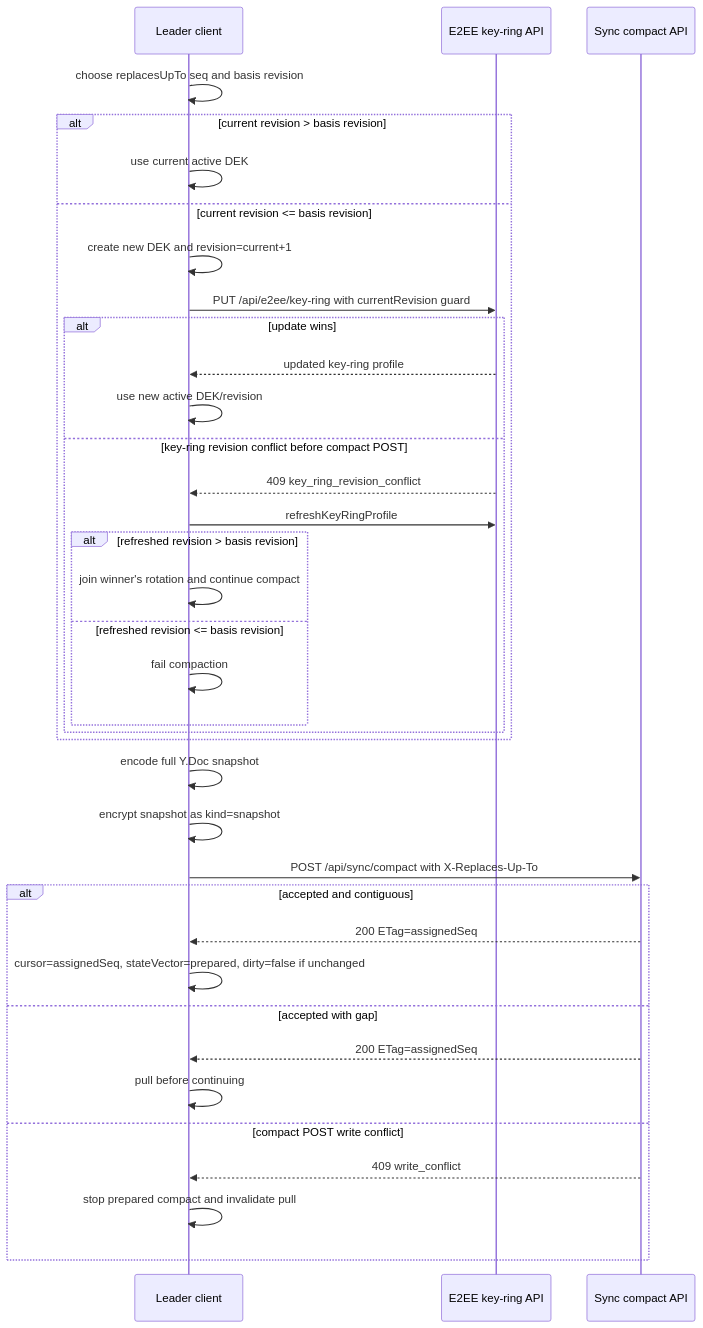
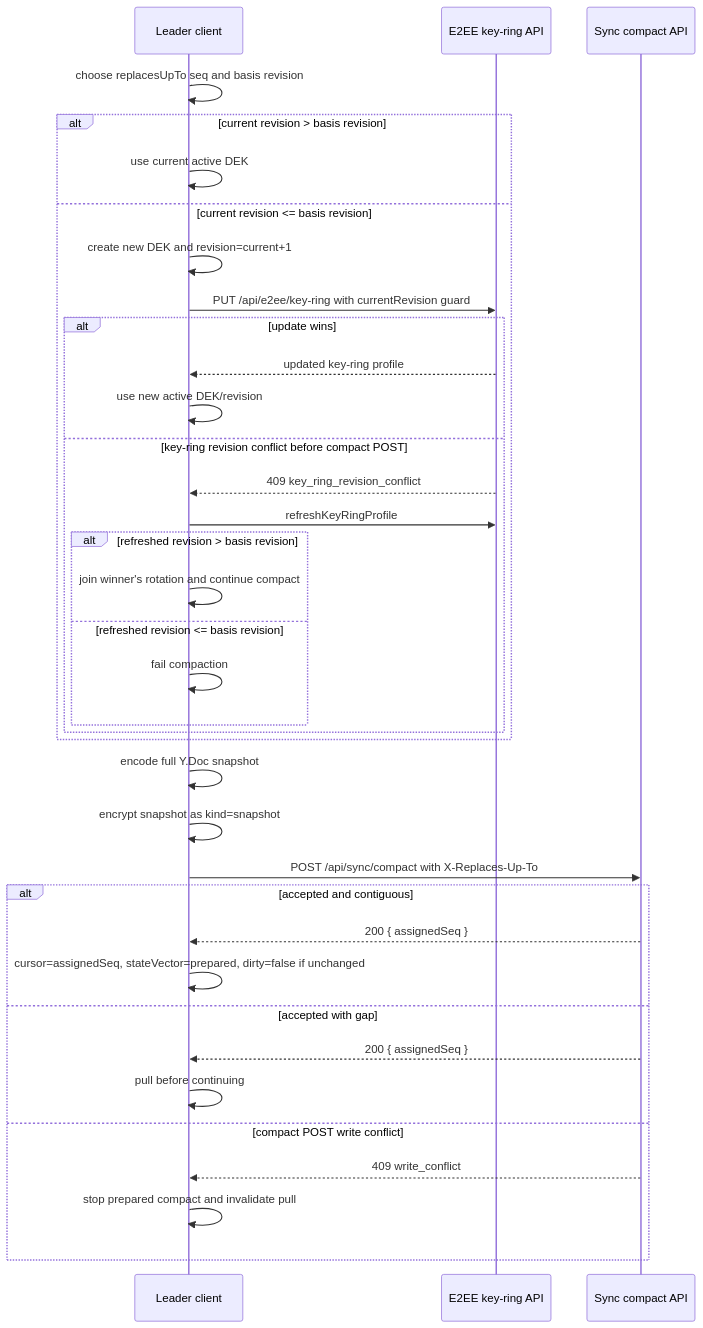
Before and after one commit to balakin/autokpo: the fifth of 7 diagrams in apps/app/docs/sync.md, drawn with Mermaid. The commit also changed other lines of this file and 5 other files, not shown here.

````diff
--- a/apps/app/docs/sync.md
+++ b/apps/app/docs/sync.md
@@ -213,39 +211,39 @@
 ```mermaid
 sequenceDiagram
   participant C as Leader client
   participant K as E2EE key-ring API
   participant S as Sync compact API
 
   C->>C: choose replacesUpTo seq and basis revision
   alt current revision > basis revision
     C->>C: use current active DEK
   else current revision <= basis revision
     C->>C: create new DEK and revision=current+1
     C->>K: PUT /api/e2ee/key-ring with currentRevision guard
     alt update wins
       K-->>C: updated key-ring profile
       C->>C: use new active DEK/revision
     else key-ring revision conflict before compact POST
       K-->>C: 409 key_ring_revision_conflict
       C->>K: refreshKeyRingProfile
       alt refreshed revision > basis revision
         C->>C: join winner's rotation and continue compact
       else refreshed revision <= basis revision
         C->>C: fail compaction
       end
     end
   end
   C->>C: encode full Y.Doc snapshot
   C->>C: encrypt snapshot as kind=snapshot
   C->>S: POST /api/sync/compact with X-Replaces-Up-To
   alt accepted and contiguous
-    S-->>C: 200 ETag=assignedSeq
+    S-->>C: 200 { assignedSeq }
     C->>C: cursor=assignedSeq, stateVector=prepared, dirty=false if unchanged
   else accepted with gap
-    S-->>C: 200 ETag=assignedSeq
+    S-->>C: 200 { assignedSeq }
     C->>C: pull before continuing
   else compact POST write conflict
     S-->>C: 409 write_conflict
     C->>C: stop prepared compact and invalidate pull
   end
 ```
````
